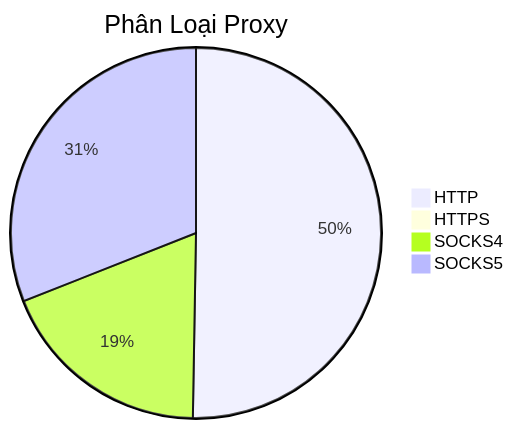
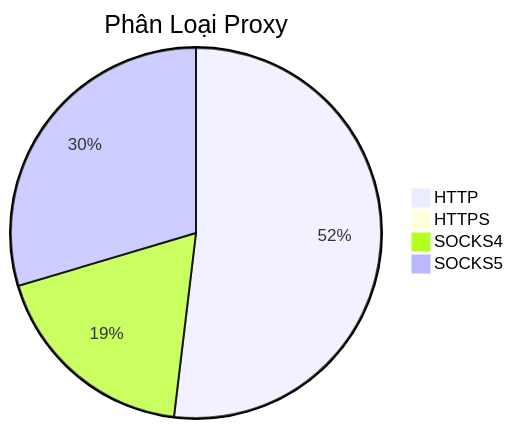
The diagram in README.md (Ciara-12/PROXY-free), drawn with Mermaid before and after one commit. The commit also changed other lines of this file and 3 other files, not shown here.

````diff
--- a/README.md
+++ b/README.md
@@ -26,7 +26,7 @@
 ```mermaid
 pie title Phân Loại Proxy
-    "HTTP" : 558
+    "HTTP" : 547
     "HTTPS" : 0
-    "SOCKS4" : 208
-    "SOCKS5" : 344
+    "SOCKS4" : 195
+    "SOCKS5" : 312
 ```
````
